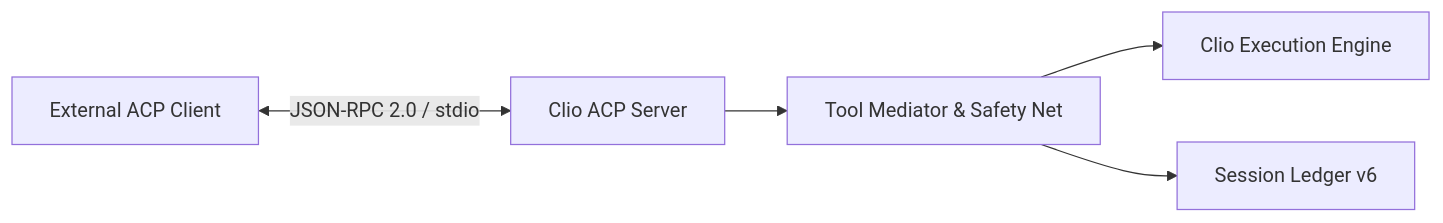
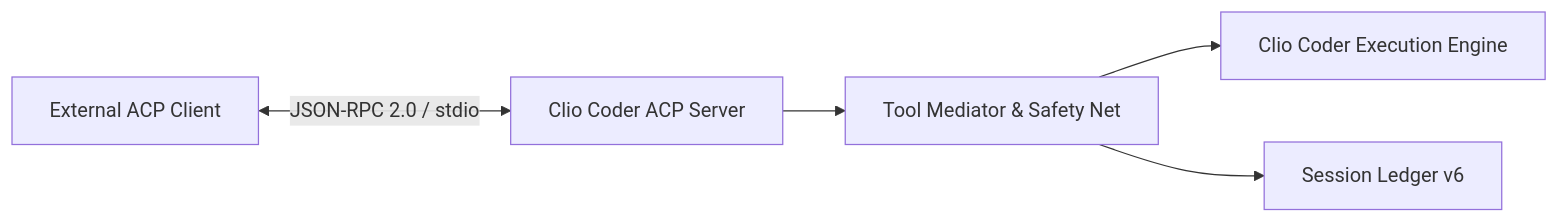
One commit to iowarp/clio-coder changed the diagram in docs/architecture/acp.md. Above: the diagram before and after it, drawn with Mermaid. The commit also changed other lines of this file and 106 other files, not shown here.

First line of the commit message:
docs: name the product Clio Coder and drop gendered pronouns

````diff
--- a/docs/architecture/acp.md
+++ b/docs/architecture/acp.md
@@ -11,7 +11,7 @@
 ```mermaid
 graph LR
-    client[External ACP Client] <-->|JSON-RPC 2.0 / stdio| server[Clio ACP Server]
+    client[External ACP Client] <-->|JSON-RPC 2.0 / stdio| server[Clio Coder ACP Server]
     server --> mediator[Tool Mediator & Safety Net]
-    mediator --> engine[Clio Execution Engine]
+    mediator --> engine[Clio Coder Execution Engine]
     mediator --> session[Session Ledger v6]
 ```
````
